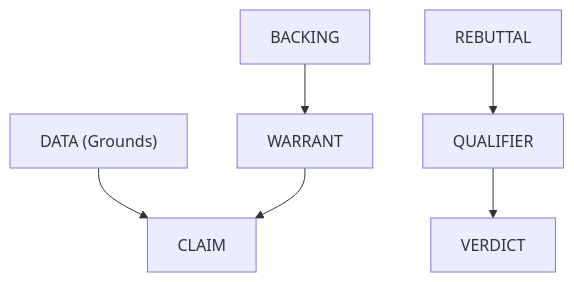
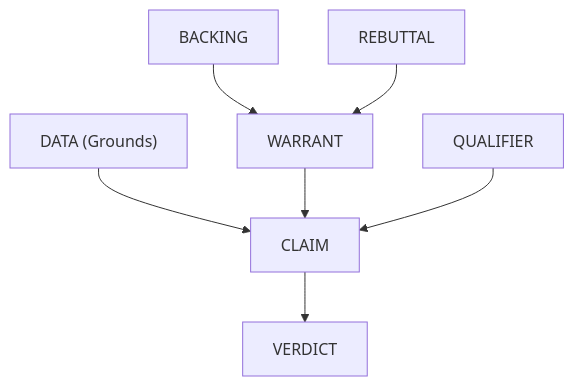
One commit to Hmbown/Toulmini changed the diagram in README.md. Above: the diagram before and after it, drawn with Mermaid.

Commit message:
Refine Mermaid diagram to show interconnected logic

````diff
--- a/README.md
+++ b/README.md
@@ -15,8 +15,9 @@
 ```mermaid
 graph TD
     DATA["DATA (Grounds)"] --> CLAIM
     BACKING --> WARRANT
     WARRANT --> CLAIM
-    REBUTTAL --> QUALIFIER
-    QUALIFIER --> VERDICT
+    REBUTTAL --> WARRANT
+    QUALIFIER --> CLAIM
+    CLAIM --> VERDICT
 ```
````
